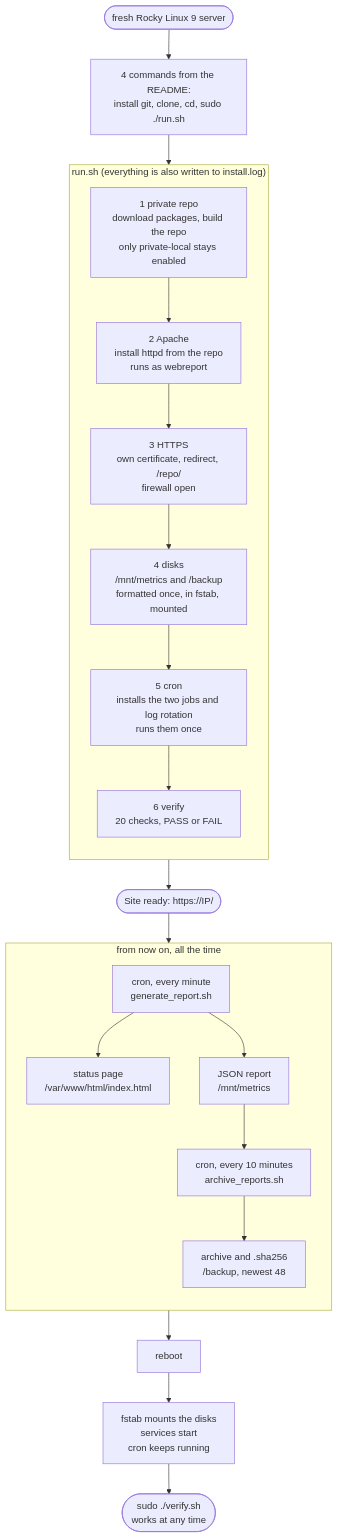
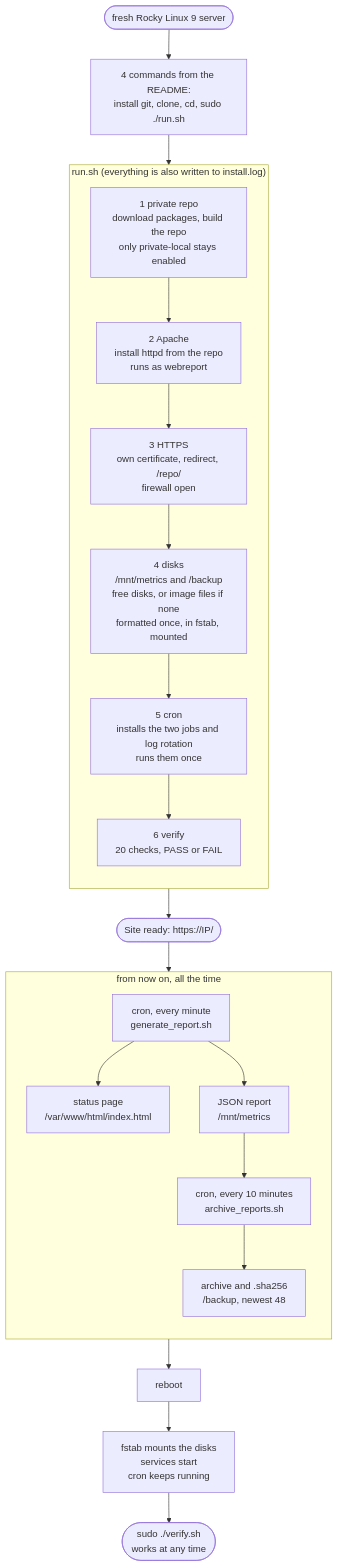
Before and after one commit to Voltaik292/linux-server-project: the tenth of 10 diagrams in docs/flowcharts.md, drawn with Mermaid. The commit also changed other lines of this file and 1 other file, not shown here.

Commit message:
update README and step 4 flowchart for free disk detection

````diff
--- a/docs/flowcharts.md
+++ b/docs/flowcharts.md
@@ -224,36 +231,36 @@
 ```mermaid
 flowchart TD
     A(["fresh Rocky Linux 9 server"]) --> B["4 commands from the README:<br/>install git, clone, cd, sudo ./run.sh"]
 
     subgraph RUN ["run.sh (everything is also written to install.log)"]
         direction TB
         S1["1 private repo<br/>download packages, build the repo<br/>only private-local stays enabled"]
         S2["2 Apache<br/>install httpd from the repo<br/>runs as webreport"]
         S3["3 HTTPS<br/>own certificate, redirect, /repo/<br/>firewall open"]
-        S4["4 disks<br/>/mnt/metrics and /backup<br/>formatted once, in fstab, mounted"]
+        S4["4 disks<br/>/mnt/metrics and /backup<br/>free disks, or image files if none<br/>formatted once, in fstab, mounted"]
         S5["5 cron<br/>installs the two jobs and log rotation<br/>runs them once"]
         S6["6 verify<br/>20 checks, PASS or FAIL"]
         S1 --> S2 --> S3 --> S4 --> S5 --> S6
     end
 
     B --> S1
     S6 --> OK(["Site ready: https://IP/"])
     OK --> LIVE
 
     subgraph LIVE ["from now on, all the time"]
         direction TB
         C1["cron, every minute<br/>generate_report.sh"]
         C2["cron, every 10 minutes<br/>archive_reports.sh"]
         P["status page<br/>/var/www/html/index.html"]
         J["JSON report<br/>/mnt/metrics"]
         T["archive and .sha256<br/>/backup, newest 48"]
         C1 --> P
         C1 --> J
         J --> C2
         C2 --> T
     end
 
     LIVE --> R["reboot"]
     R --> R2["fstab mounts the disks<br/>services start<br/>cron keeps running"]
     R2 --> V(["sudo ./verify.sh<br/>works at any time"])
 ```
````
